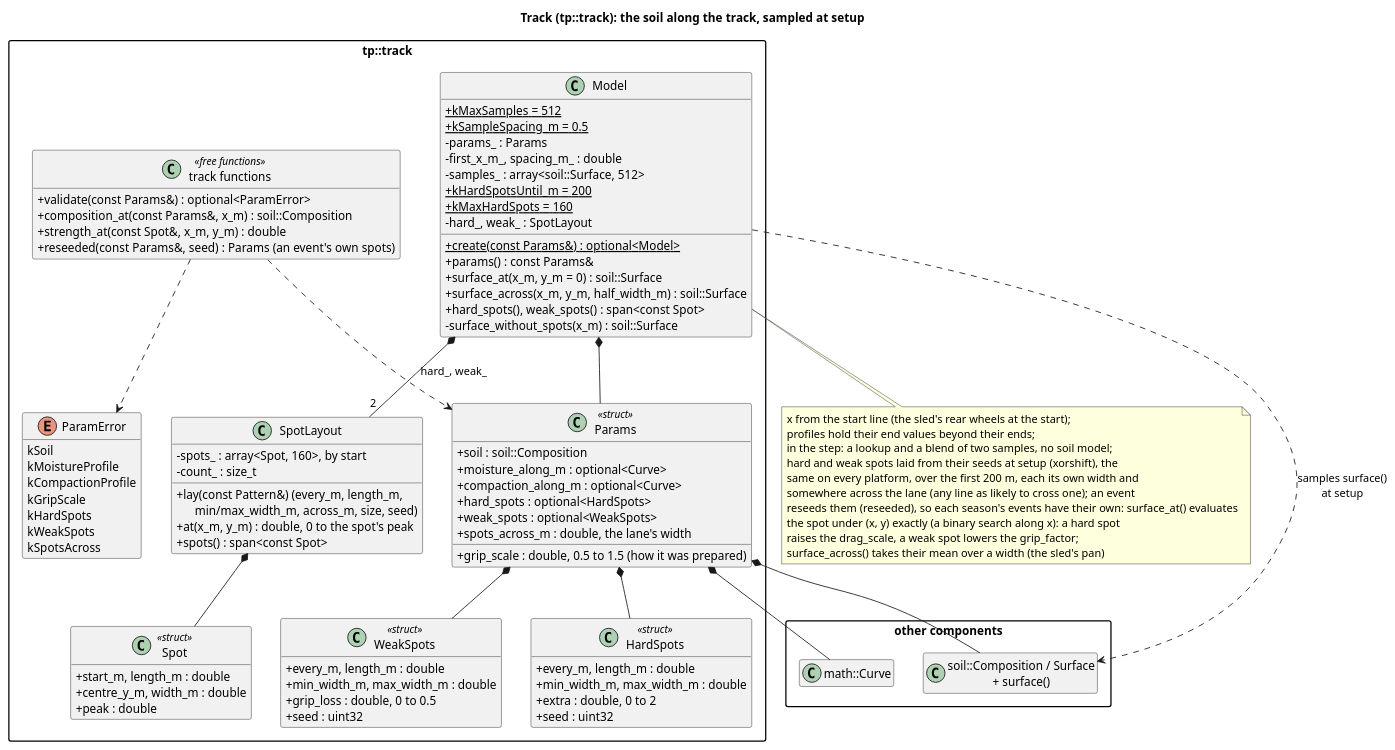
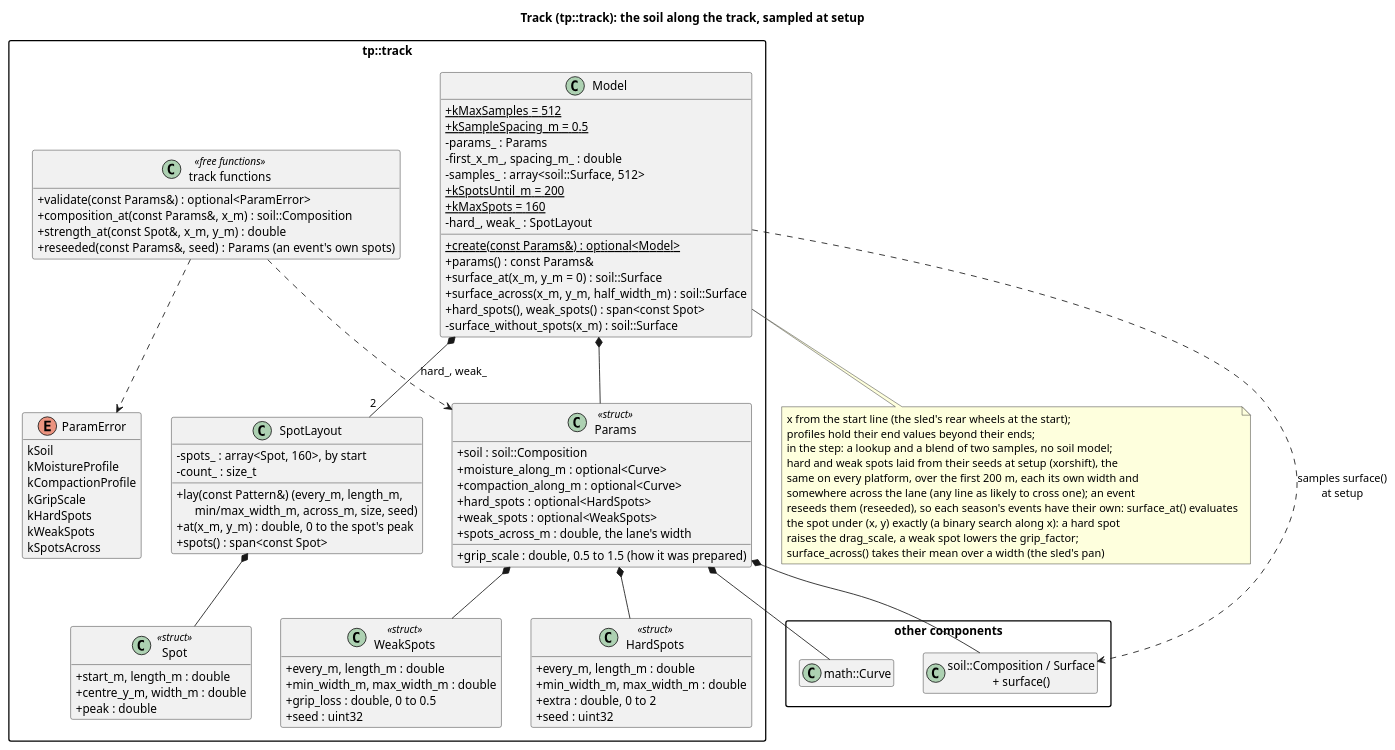
One commit to wversteeg/TractorPulling changed the diagram in docs/diagrams/track_classes.puml. Above: the diagram before and after it, drawn with PlantUML. The commit also changed 7 other files, not shown here.

```diff
--- a/docs/diagrams/track_classes.puml
+++ b/docs/diagrams/track_classes.puml
@@ -1,100 +1,100 @@
 @startuml track_classes
 title Track (tp::track): the soil along the track, sampled at setup
 hide empty members
 skinparam packageStyle rectangle
 skinparam classAttributeIconSize 0
 
 package "other components" {
   class "soil::Composition / Surface\n+ surface()" as Soil
   class "math::Curve" as Curve
 }
 
 package "tp::track" {
   class Params <<struct>> {
     +soil : soil::Composition
     +moisture_along_m : optional<Curve>
     +compaction_along_m : optional<Curve>
     +grip_scale : double, 0.5 to 1.5 (how it was prepared)
     +hard_spots : optional<HardSpots>
     +weak_spots : optional<WeakSpots>
     +spots_across_m : double, the lane's width
   }
   class HardSpots <<struct>> {
     +every_m, length_m : double
     +min_width_m, max_width_m : double
     +extra : double, 0 to 2
     +seed : uint32
   }
   class WeakSpots <<struct>> {
     +every_m, length_m : double
     +min_width_m, max_width_m : double
     +grip_loss : double, 0 to 0.5
     +seed : uint32
   }
   class Spot <<struct>> {
     +start_m, length_m : double
     +centre_y_m, width_m : double
     +peak : double
   }
   class SpotLayout {
     -spots_ : array<Spot, 160>, by start
     -count_ : size_t
     +lay(const Pattern&) (every_m, length_m,\n      min/max_width_m, across_m, size, seed)
     +at(x_m, y_m) : double, 0 to the spot's peak
     +spots() : span<const Spot>
   }
   class Model {
     +{static} kMaxSamples = 512
     +{static} kSampleSpacing_m = 0.5
     -params_ : Params
     -first_x_m_, spacing_m_ : double
     -samples_ : array<soil::Surface, 512>
-    +{static} kHardSpotsUntil_m = 200
-    +{static} kMaxHardSpots = 160
+    +{static} kSpotsUntil_m = 200
+    +{static} kMaxSpots = 160
     -hard_, weak_ : SpotLayout
     +{static} create(const Params&) : optional<Model>
     +params() : const Params&
     +surface_at(x_m, y_m = 0) : soil::Surface
     +surface_across(x_m, y_m, half_width_m) : soil::Surface
     +hard_spots(), weak_spots() : span<const Spot>
     -surface_without_spots(x_m) : soil::Surface
   }
   enum ParamError {
     kSoil
     kMoistureProfile
     kCompactionProfile
     kGripScale
     kHardSpots
     kWeakSpots
     kSpotsAcross
   }
   class "track functions" as TrackFns <<free functions>> {
     +validate(const Params&) : optional<ParamError>
     +composition_at(const Params&, x_m) : soil::Composition
     +strength_at(const Spot&, x_m, y_m) : double
     +reseeded(const Params&, seed) : Params (an event's own spots)
   }
   Model *-- Params
   Params *-- HardSpots
   Params *-- WeakSpots
   Model *-- "2" SpotLayout : hard_, weak_
   SpotLayout *-- Spot
   TrackFns ..> Params
   TrackFns ..> ParamError
 }
 Params *-- Curve
 Params *-- Soil
 Model ..> Soil : samples surface()\nat setup
 note bottom of Model
   x from the start line (the sled's rear wheels at the start);
   profiles hold their end values beyond their ends;
   in the step: a lookup and a blend of two samples, no soil model;
   hard and weak spots laid from their seeds at setup (xorshift), the
   same on every platform, over the first 200 m, each its own width and
   somewhere across the lane (any line as likely to cross one); an event
   reseeds them (reseeded), so each season's events have their own: surface_at() evaluates
   the spot under (x, y) exactly (a binary search along x): a hard spot
   raises the drag_scale, a weak spot lowers the grip_factor;
   surface_across() takes their mean over a width (the sled's pan)
 end note
 @enduml
```
